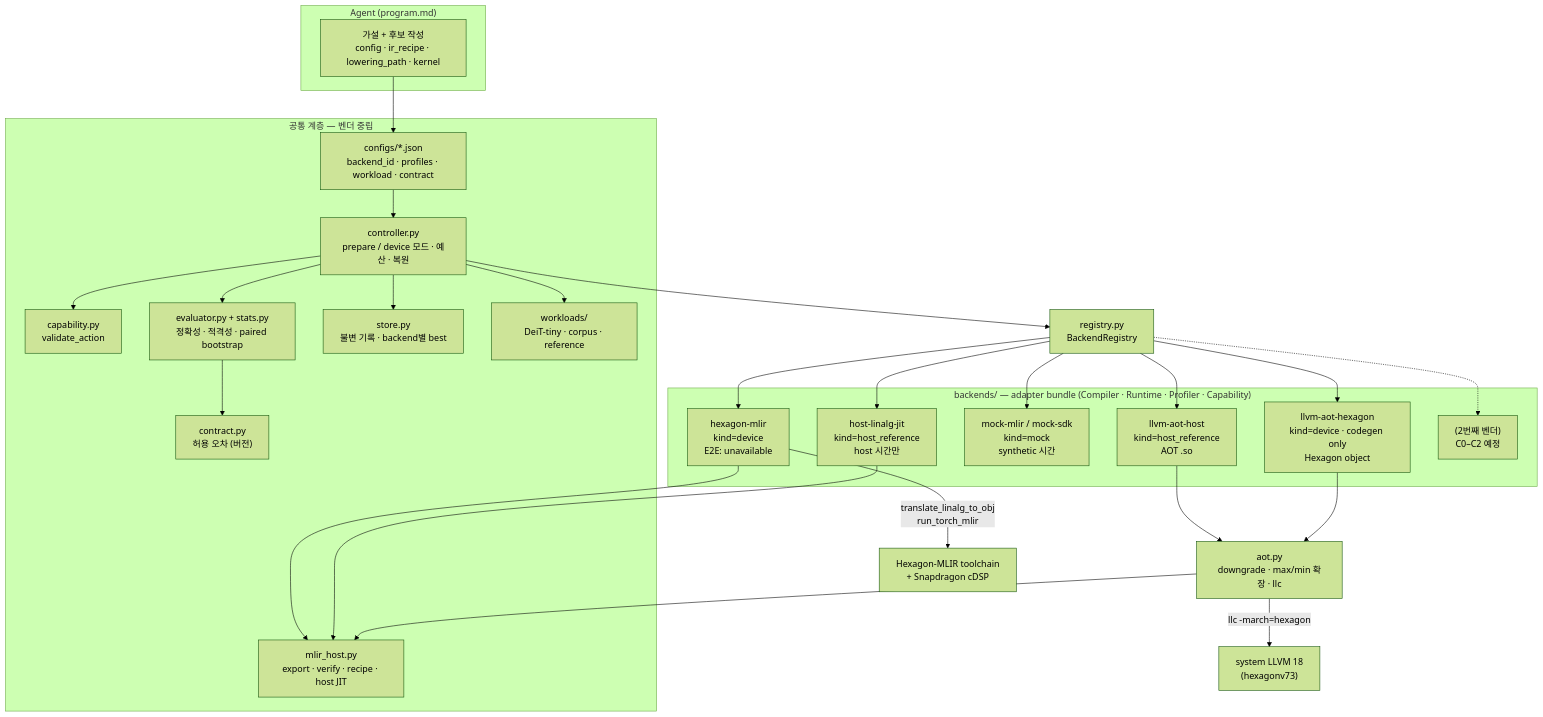
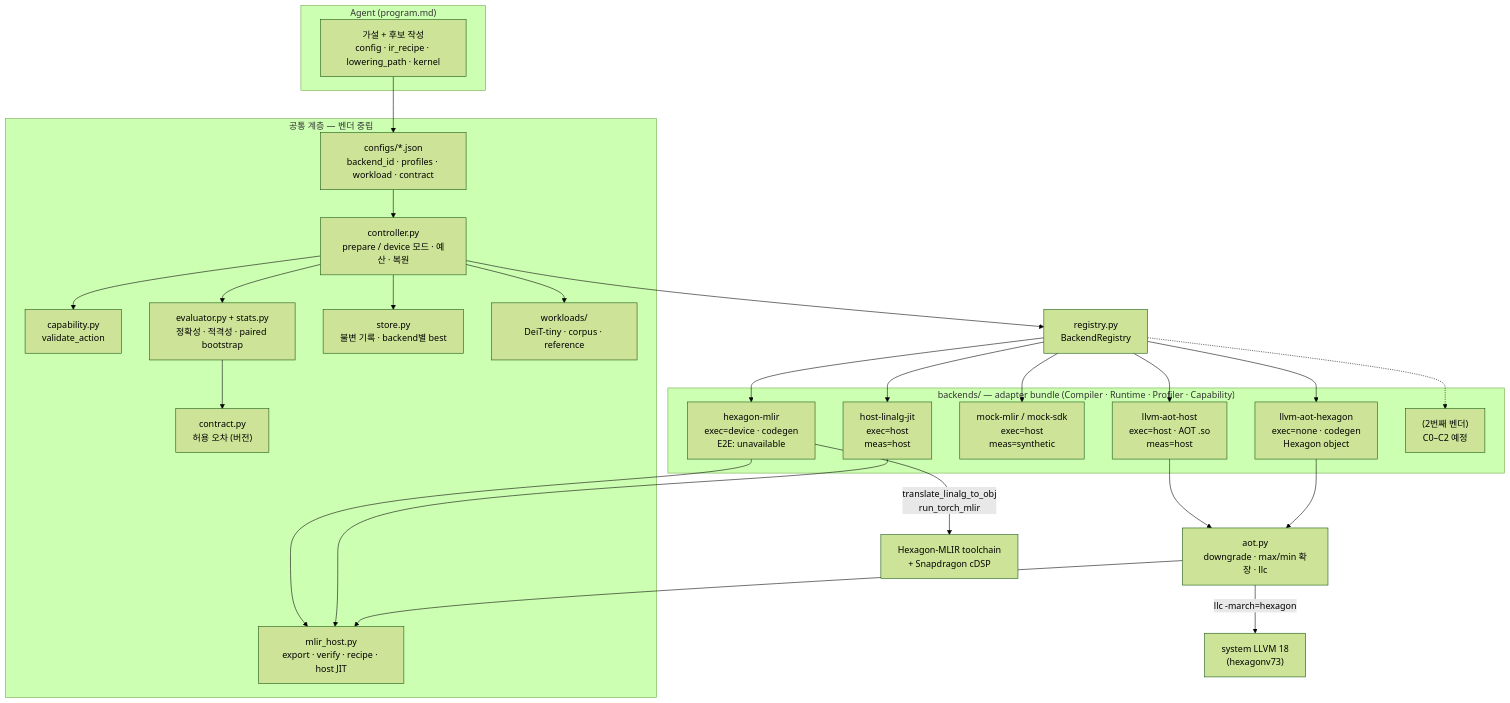
The first of 5 diagrams in nux/README.md (jimilee/demos), drawn with Mermaid (forest theme) before and after one commit. The commit also changed other lines of this file and 94 other files, not shown here.

````diff
--- a/nux/README.md
+++ b/nux/README.md
@@ -108,45 +108,45 @@
 ```mermaid
 flowchart TB
     subgraph AGENT["Agent (program.md)"]
         A1["가설 + 후보 작성<br/>config · ir_recipe · lowering_path · kernel"]
     end
 
     subgraph COMMON["공통 계층 — 벤더 중립"]
         CFG["configs/*.json<br/>backend_id · profiles · workload · contract"]
         CTL["controller.py<br/>prepare / device 모드 · 예산 · 복원"]
         CAP["capability.py<br/>validate_action"]
         EVA["evaluator.py + stats.py<br/>정확성 · 적격성 · paired bootstrap"]
         CON["contract.py<br/>허용 오차 (버전)"]
         STO["store.py<br/>불변 기록 · backend별 best"]
         WL["workloads/<br/>DeiT-tiny · corpus · reference"]
         MH["mlir_host.py<br/>export · verify · recipe · host JIT"]
     end
 
     REG["registry.py<br/>BackendRegistry"]
 
     subgraph BACKENDS["backends/ — adapter bundle (Compiler · Runtime · Profiler · Capability)"]
-        HEX["hexagon-mlir<br/>kind=device<br/>E2E: unavailable"]
-        HOST["host-linalg-jit<br/>kind=host_reference<br/>host 시간만"]
-        MOCK["mock-mlir / mock-sdk<br/>kind=mock<br/>synthetic 시간"]
-        AOTH["llvm-aot-host<br/>kind=host_reference<br/>AOT .so"]
-        AOTX["llvm-aot-hexagon<br/>kind=device · codegen only<br/>Hexagon object"]
+        HEX["hexagon-mlir<br/>exec=device · codegen<br/>E2E: unavailable"]
+        HOST["host-linalg-jit<br/>exec=host<br/>meas=host"]
+        MOCK["mock-mlir / mock-sdk<br/>exec=host<br/>meas=synthetic"]
+        AOTH["llvm-aot-host<br/>exec=host · AOT .so<br/>meas=host"]
+        AOTX["llvm-aot-hexagon<br/>exec=none · codegen<br/>Hexagon object"]
         NEXT["(2번째 벤더)<br/>C0–C2 예정"]
     end
 
     A1 --> CFG --> CTL
     CTL --> CAP
     CTL --> EVA
     EVA --> CON
     CTL --> STO
     CTL --> WL
     CTL --> REG
     REG --> HEX & HOST & MOCK & AOTH & AOTX
     REG -.-> NEXT
     HEX --> MH
     HOST --> MH
     AOTH --> AOTM["aot.py<br/>downgrade · max/min 확장 · llc"]
     AOTX --> AOTM
     AOTM --> MH
     AOTM -->|"llc -march=hexagon"| LLC["system LLVM 18<br/>(hexagonv73)"]
     HEX -->|"translate_linalg_to_obj<br/>run_torch_mlir"| SDK["Hexagon-MLIR toolchain<br/>+ Snapdragon cDSP"]
 ```
````
